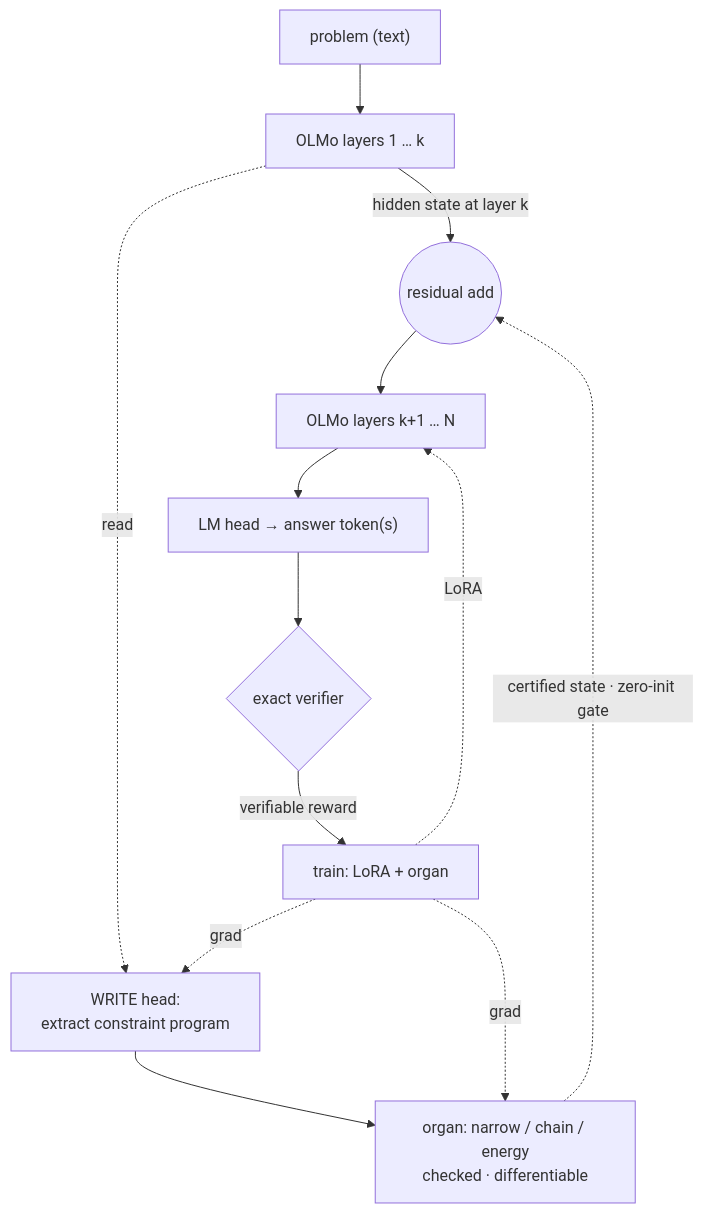
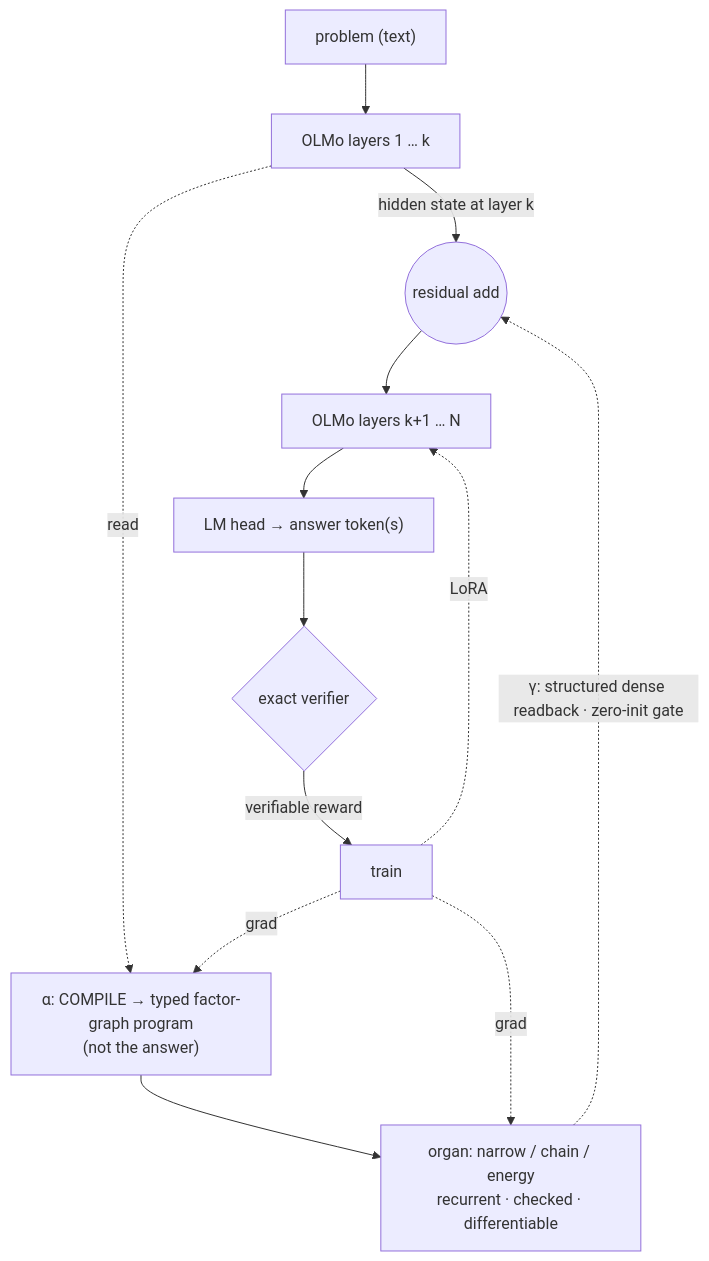
Before and after one commit to emberian/clairnets: the diagram in README.md, drawn with Mermaid. The commit also changed other lines of this file and 2 other files, not shown here.

````diff
--- a/README.md
+++ b/README.md
@@ -18,15 +20,15 @@
 ```mermaid
 flowchart TB
   P["problem (text)"] --> E["OLMo layers 1 … k"]
   E -->|"hidden state at layer k"| G(("residual add"))
-  E -. read .-> W["WRITE head:<br/>extract constraint program"]
-  W --> O["organ: narrow / chain / energy<br/>checked · differentiable"]
-  O -. "certified state · zero-init gate" .-> G
+  E -. read .-> A["α: COMPILE → typed factor-graph program<br/>(not the answer)"]
+  A --> O["organ: narrow / chain / energy<br/>recurrent · checked · differentiable"]
+  O -. "γ: structured dense readback · zero-init gate" .-> G
   G --> L["OLMo layers k+1 … N"]
   L --> H["LM head → answer token(s)"]
   H --> V{"exact verifier"}
-  V -->|"verifiable reward"| T["train: LoRA + organ"]
-  T -. grad .-> W
+  V -->|"verifiable reward"| T["train"]
+  T -. grad .-> A
   T -. grad .-> O
   T -. "LoRA" .-> L
 ```
````
